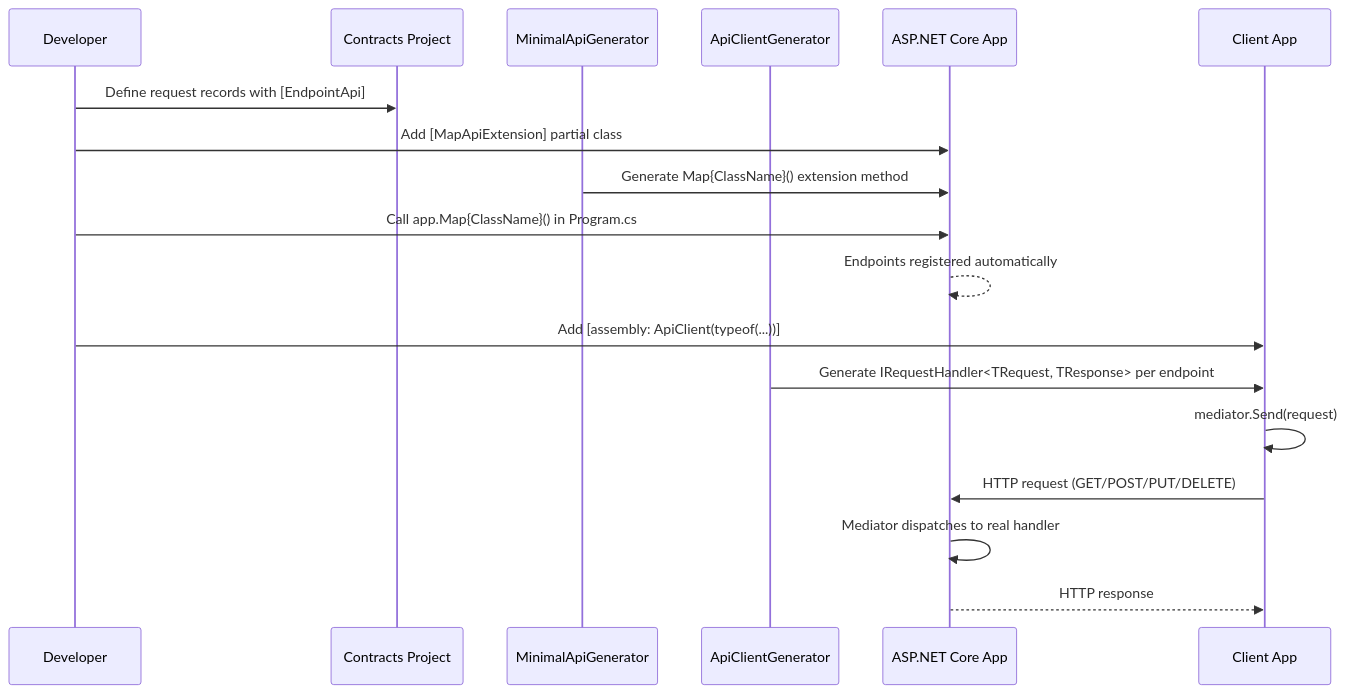
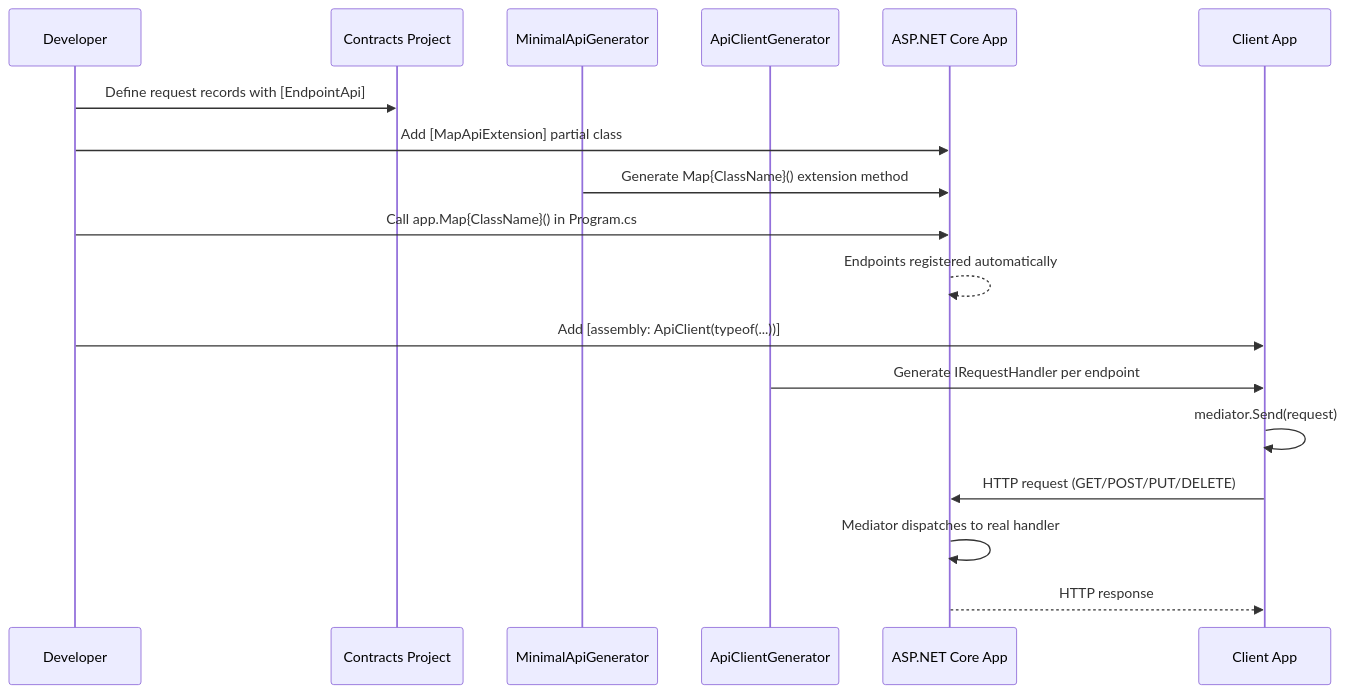
Before and after one commit to appliman/channelmediator: the second of 4 diagrams in GENERATORS.md, drawn with Mermaid. The commit also changed other lines of this file and 46 other files, not shown here.

First line of the commit message:
feat: Implement gRPC source generator for ChannelMediator

````diff
--- a/GENERATORS.md
+++ b/GENERATORS.md
@@ -40,22 +52,22 @@
 ```mermaid
 sequenceDiagram
-	participant Dev as Developer
-	participant Contracts as Contracts Project
-	participant SG_Server as MinimalApiGenerator
-	participant SG_Client as ApiClientGenerator
-	participant Server as ASP.NET Core App
-	participant Client as Client App
+    participant Dev as Developer
+    participant Contracts as Contracts Project
+    participant SG_Server as MinimalApiGenerator
+    participant SG_Client as ApiClientGenerator
+    participant Server as ASP.NET Core App
+    participant Client as Client App
 
-	Dev->>Contracts: Define request records with [EndpointApi]
-	Dev->>Server: Add [MapApiExtension] partial class
-	SG_Server->>Server: Generate Map{ClassName}() extension method
-	Dev->>Server: Call app.Map{ClassName}() in Program.cs
-	Server-->>Server: Endpoints registered automatically
+    Dev->>Contracts: Define request records with [EndpointApi]
+    Dev->>Server: Add [MapApiExtension] partial class
+    SG_Server->>Server: Generate Map{ClassName}() extension method
+    Dev->>Server: Call app.Map{ClassName}() in Program.cs
+    Server-->>Server: Endpoints registered automatically
 
-	Dev->>Client: Add [assembly: ApiClient(typeof(...))]
-	SG_Client->>Client: Generate IRequestHandler<TRequest, TResponse> per endpoint
-	Client->>Client: mediator.Send(request)
-	Client->>Server: HTTP request (GET/POST/PUT/DELETE)
-	Server->>Server: Mediator dispatches to real handler
-	Server-->>Client: HTTP response
+    Dev->>Client: Add [assembly: ApiClient(typeof(...))]
+    SG_Client->>Client: Generate IRequestHandler per endpoint
+    Client->>Client: mediator.Send(request)
+    Client->>Server: HTTP request (GET/POST/PUT/DELETE)
+    Server->>Server: Mediator dispatches to real handler
+    Server-->>Client: HTTP response
 ```
````
